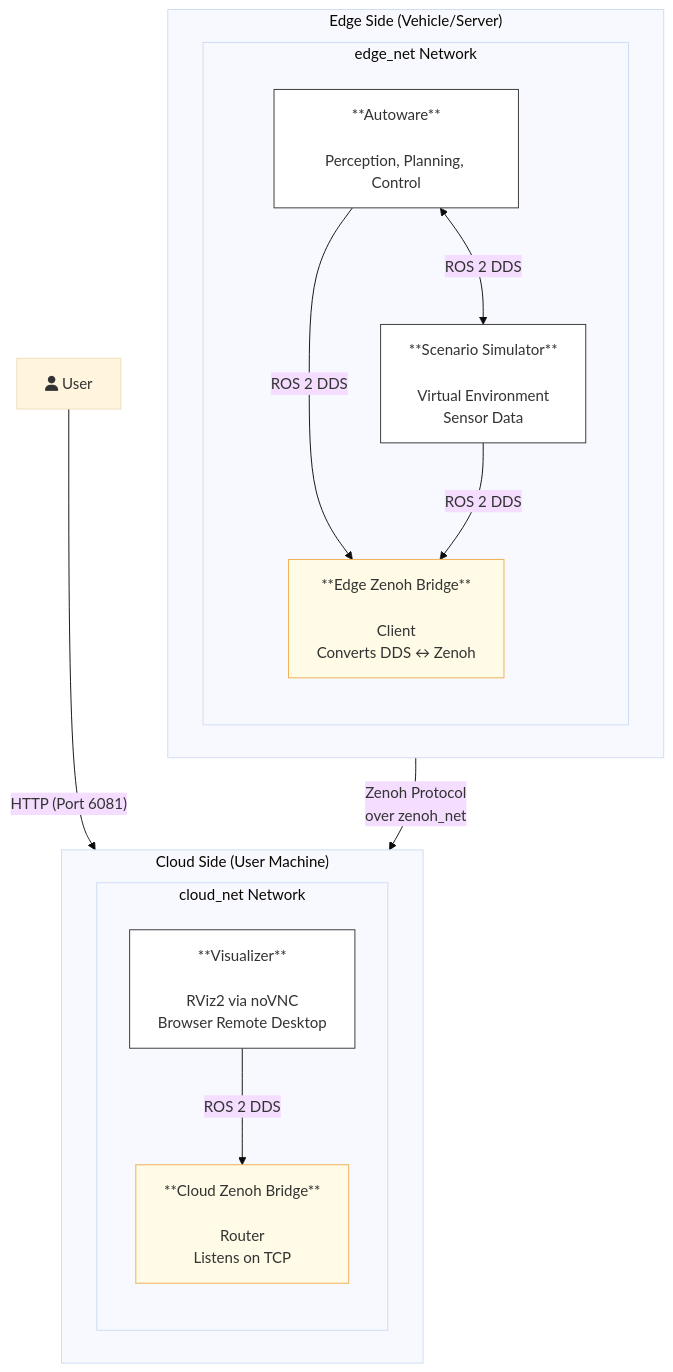
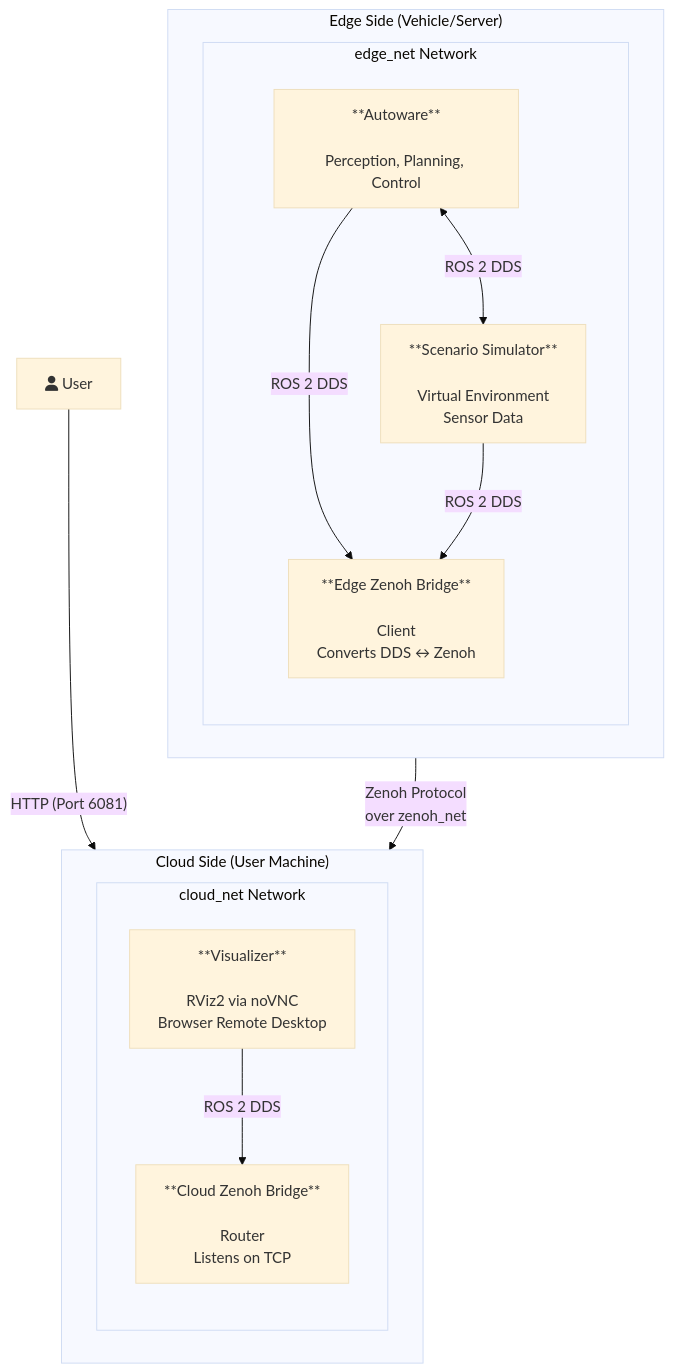
One commit to oguzkaganozt/openadkit changed the first of 2 diagrams in docs/deployments/demos/zenoh-bridge/index.md. Above: the diagram before and after it, drawn with Mermaid (base theme). The commit also changed 13 other files, not shown here.

````diff
--- a/docs/deployments/demos/zenoh-bridge/index.md
+++ b/docs/deployments/demos/zenoh-bridge/index.md
@@ -42,48 +42,34 @@
 ```mermaid
 graph TD
-    classDef machine fill:#f9f9f9,stroke:#333,stroke-width:2px,stroke-dasharray:5 5
-    classDef network fill:#e6f3ff,stroke:#0066cc,stroke-width:1.5px
-    classDef component fill:#ffffff,stroke:#333
-    classDef bridge fill:#fffbe6,stroke:#f0ad4e
-    classDef invisible stroke:none,fill:none
-
     subgraph CloudSide["Cloud Side (User Machine)"]
         direction LR
-        class CloudSide machine
 
         subgraph CloudNet[cloud_net Network]
             direction TB
-            class CloudNet network
-            
+
             visualizer["**Visualizer**<br><br>RViz2 via noVNC<br>Browser Remote Desktop"]
             cloud_bridge["**Cloud Zenoh Bridge**<br><br>Router<br>Listens on TCP"]
-            class visualizer component
-            class cloud_bridge bridge
-            
+
             visualizer -->|"ROS 2 DDS"| cloud_bridge
         end
     end
 
     subgraph EdgeSide["Edge Side (Vehicle/Server)"]
         direction LR
-        class EdgeSide machine
 
         subgraph EdgeNet[edge_net Network]
             direction TB
-            class EdgeNet network
 
             autoware["**Autoware**<br><br>Perception, Planning, Control"]
             scenario_simulator["**Scenario Simulator**<br><br>Virtual Environment<br>Sensor Data"]
             edge_bridge["**Edge Zenoh Bridge**<br><br>Client<br>Converts DDS ↔ Zenoh"]
-            class autoware,scenario_simulator component
-            class edge_bridge bridge
 
             autoware <-->|"ROS 2 DDS"| scenario_simulator
             autoware -->|"ROS 2 DDS"| edge_bridge
             scenario_simulator -->|"ROS 2 DDS"| edge_bridge
         end
     end
 
     user[fa:fa-user User] -->|"HTTP (Port 6081)"| visualizer
     edge_bridge -->|"Zenoh Protocol<br>over zenoh_net"| cloud_bridge
 ```
````
